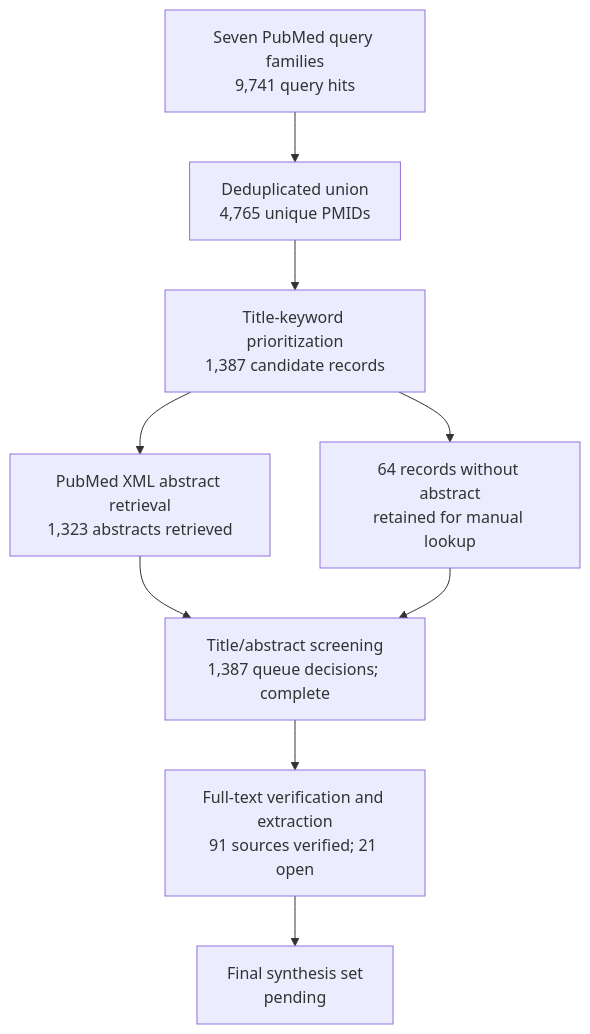
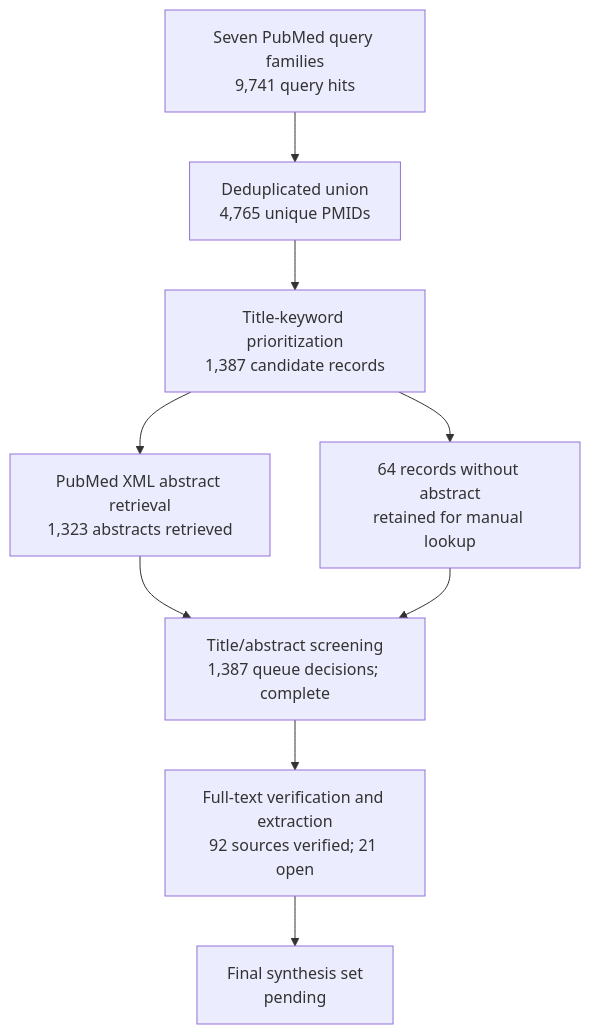
One commit to dcmcshan/artemisia changed the diagram in manuscript/review-flow.md. Above: the diagram before and after it, drawn with Mermaid. The commit also changed other lines of this file and 21 other files, not shown here.

````diff
--- a/manuscript/review-flow.md
+++ b/manuscript/review-flow.md
@@ -5,11 +5,11 @@
 ```mermaid
 flowchart TB
   Q[Seven PubMed query families<br/>9,741 query hits] --> U[Deduplicated union<br/>4,765 unique PMIDs]
   U --> T[Title-keyword prioritization<br/>1,387 candidate records]
   T --> A[PubMed XML abstract retrieval<br/>1,323 abstracts retrieved]
   T --> N[64 records without abstract<br/>retained for manual lookup]
   A --> M[Title/abstract screening<br/>1,387 queue decisions; complete]
   N --> M
-  M --> F[Full-text verification and extraction<br/>91 sources verified; 21 open]
+  M --> F[Full-text verification and extraction<br/>92 sources verified; 21 open]
   F --> S[Final synthesis set<br/>pending]
 ```
````
